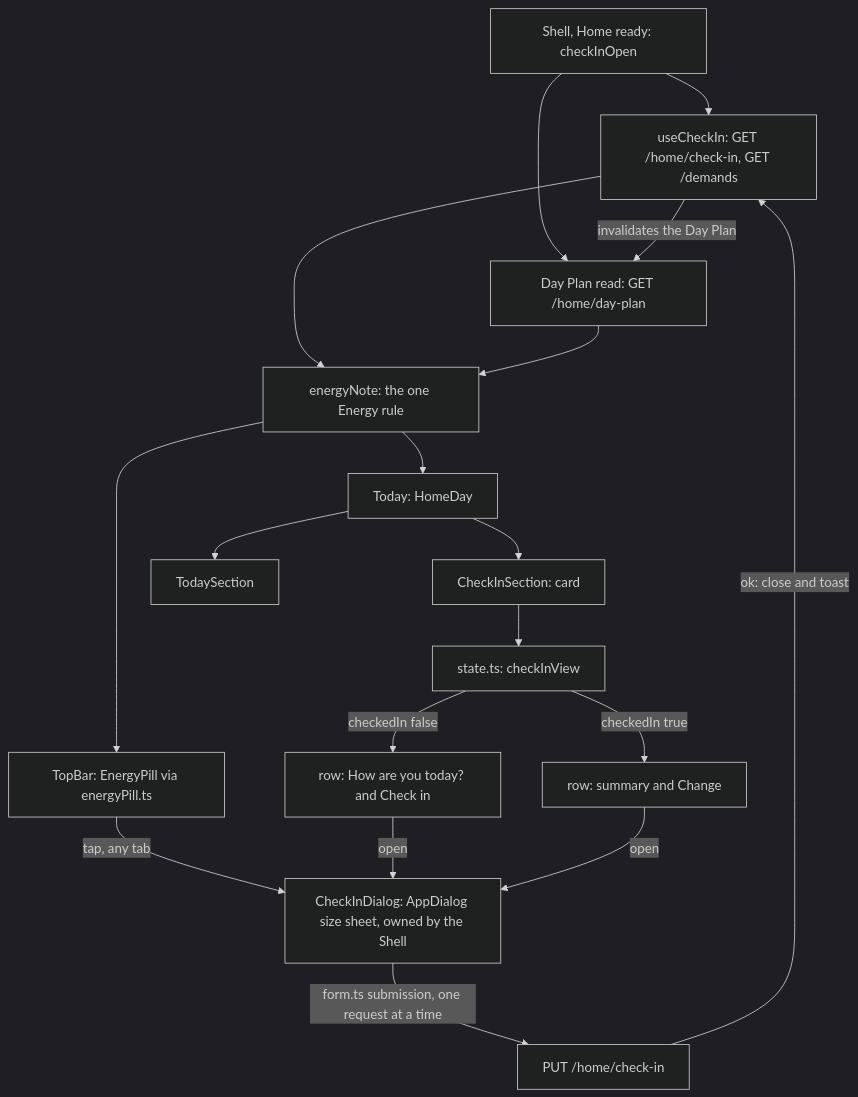
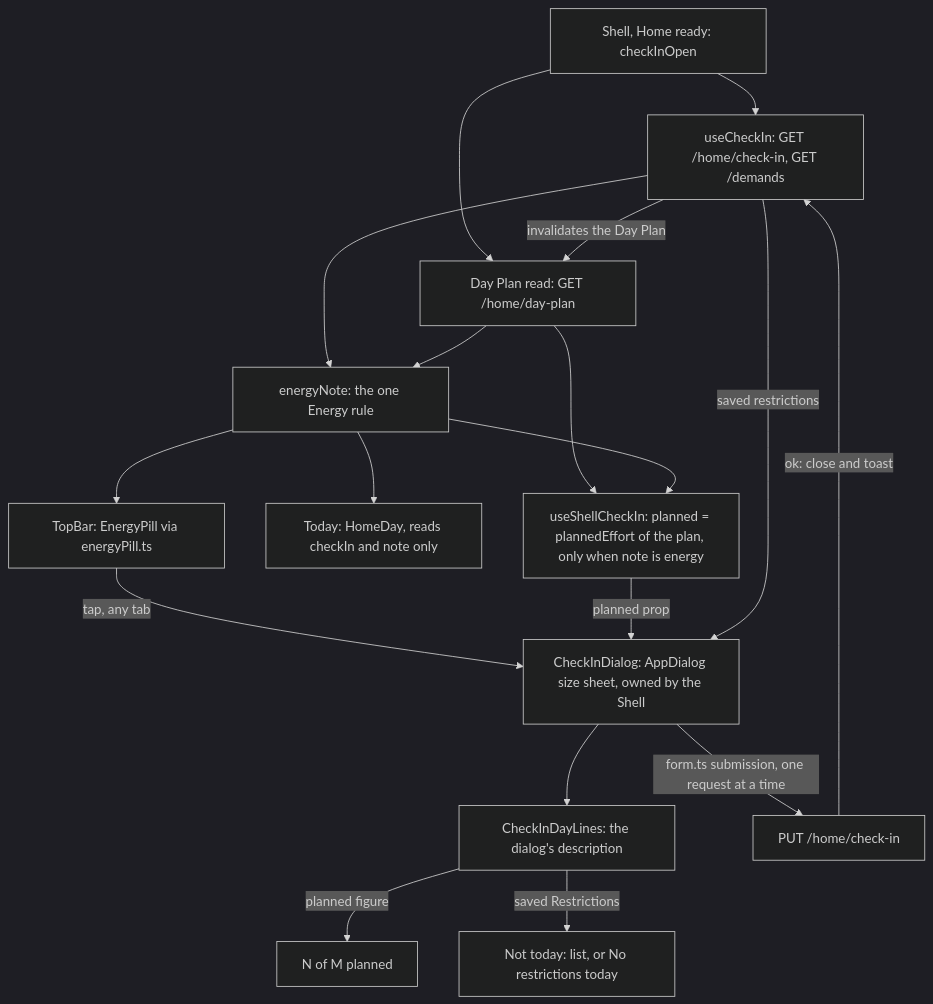
One commit to AbnerWillclefy/Homeowner changed the tenth of 11 diagrams in docs/architecture/web.md. Above: the diagram before and after it, drawn with Mermaid (dark theme). The commit also changed other lines of this file, not shown here.

Commit message:
docs(web): describe the lean Today and the check-in dialog's day lines

````diff
--- a/docs/architecture/web.md
+++ b/docs/architecture/web.md
@@ -566,20 +564,20 @@
 ```mermaid
 flowchart TD
     SH[Shell, Home ready: checkInOpen] --> UC[useCheckIn: GET /home/check-in, GET /demands]
     SH --> DP[Day Plan read: GET /home/day-plan]
     UC --> N[energyNote: the one Energy rule]
     DP --> N
     N --> TB[TopBar: EnergyPill via energyPill.ts]
-    N --> HD[Today: HomeDay]
-    HD --> CS[CheckInSection: card]
-    HD --> TS[TodaySection]
-    CS --> V[state.ts: checkInView]
-    V -->|checkedIn false| P[row: How are you today? and Check in]
-    V -->|checkedIn true| SUM[row: summary and Change]
+    N --> HD[Today: HomeDay, reads checkIn and note only]
+    DP --> PL[useShellCheckIn: planned = plannedEffort of the plan, only when note is energy]
+    N --> PL
     TB -->|tap, any tab| D[CheckInDialog: AppDialog size sheet, owned by the Shell]
-    P -->|open| D
-    SUM -->|open| D
+    PL -->|planned prop| D
+    UC -->|saved restrictions| D
+    D --> DL[CheckInDayLines: the dialog's description]
+    DL -->|planned figure| PLN[N of M planned]
+    DL -->|saved Restrictions| RES[Not today: list, or No restrictions today]
     D -->|form.ts submission, one request at a time| PUT[PUT /home/check-in]
     PUT -->|ok: close and toast| UC
     UC -->|invalidates the Day Plan| DP
 ```
````
